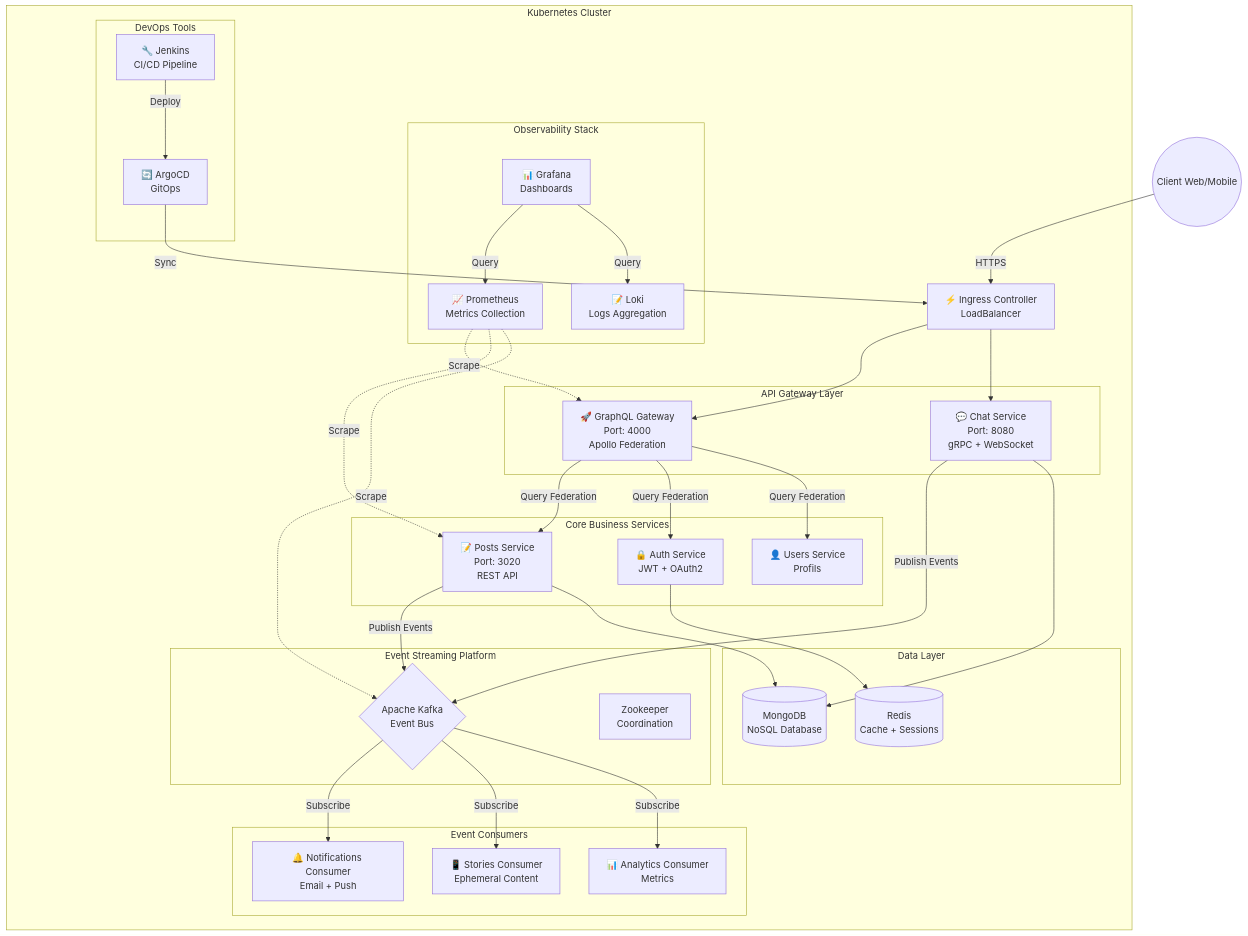
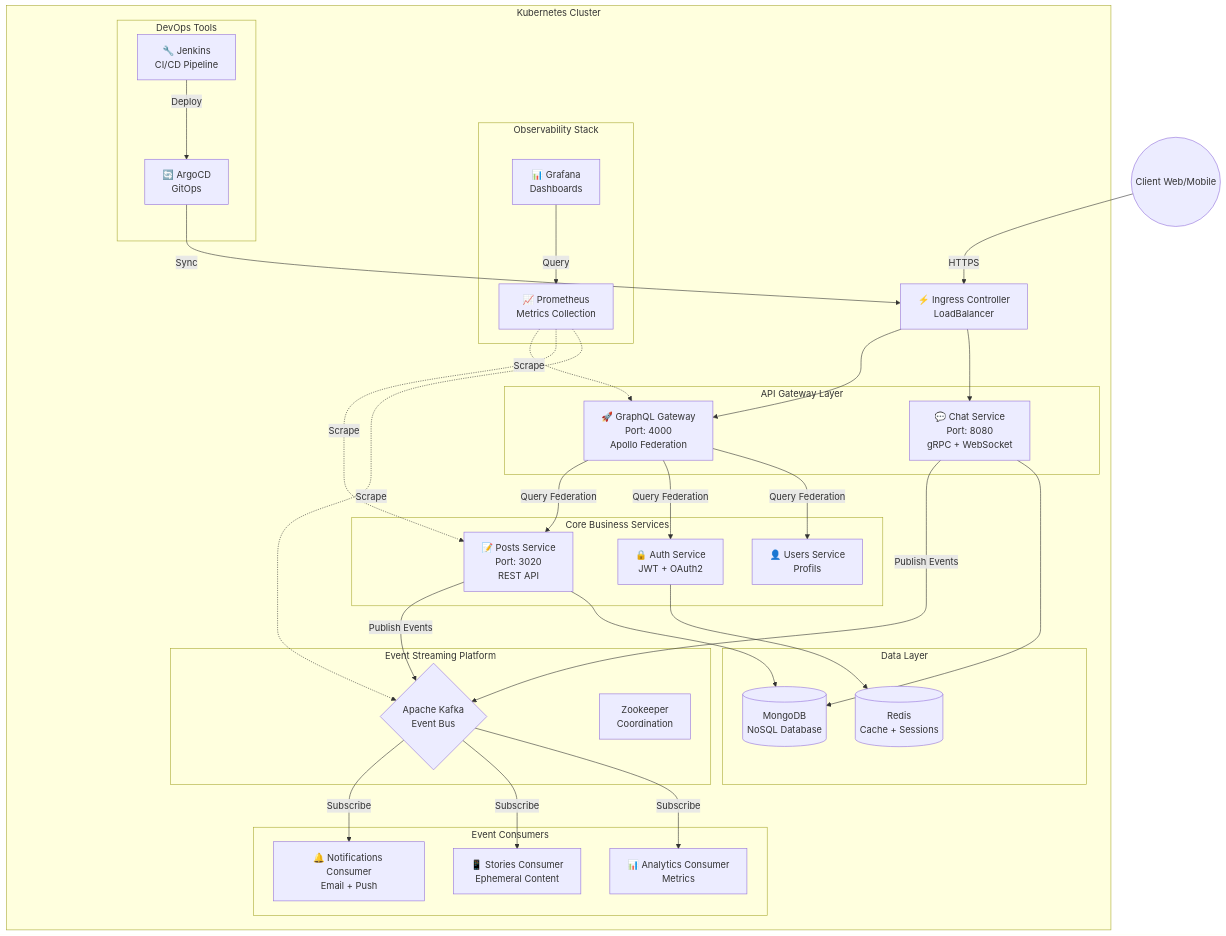
Before and after one commit to rania290/projet-micro: the diagram in README.md, drawn with Mermaid. The commit also changed other lines of this file, not shown here.

````diff
--- a/README.md
+++ b/README.md
@@ -58,74 +58,72 @@
 ```mermaid
 graph TB
     Client((Client Web/Mobile))
     
     subgraph "Kubernetes Cluster"
         Ingress[⚡ Ingress Controller<br/>LoadBalancer]
         
         subgraph "API Gateway Layer"
             GraphQL[🚀 GraphQL Gateway<br/>Port: 4000<br/>Apollo Federation]
             ChatAPI[💬 Chat Service<br/>Port: 8080<br/>gRPC + WebSocket]
         end
         
         subgraph "Core Business Services"
             Posts[📝 Posts Service<br/>Port: 3020<br/>REST API]
             Auth[🔒 Auth Service<br/>JWT + OAuth2]
             Users[👤 Users Service<br/>Profils]
         end
         
         subgraph "Event Streaming Platform"
             Kafka{Apache Kafka<br/>Event Bus}
             Zookeeper[Zookeeper<br/>Coordination]
         end
         
         subgraph "Event Consumers"
             Notif[🔔 Notifications Consumer<br/>Email + Push]
             Stories[📱 Stories Consumer<br/>Ephemeral Content]
             Analytics[📊 Analytics Consumer<br/>Metrics]
         end
         
         subgraph "Data Layer"
             Mongo[(MongoDB<br/>NoSQL Database)]
             Redis[(Redis<br/>Cache + Sessions)]
         end
         
         subgraph "Observability Stack"
             Prom[📈 Prometheus<br/>Metrics Collection]
             Graf[📊 Grafana<br/>Dashboards]
-            Loki[📝 Loki<br/>Logs Aggregation]
         end
         
         subgraph "DevOps Tools"
             Jenkins[🔧 Jenkins<br/>CI/CD Pipeline]
             ArgoCD[🔄 ArgoCD<br/>GitOps]
         end
     end
 
     Client -->|HTTPS| Ingress
     Ingress --> GraphQL
     Ingress --> ChatAPI
     
     GraphQL -->|Query Federation| Posts
     GraphQL -->|Query Federation| Auth
     GraphQL -->|Query Federation| Users
     
     Posts -->|Publish Events| Kafka
     ChatAPI -->|Publish Events| Kafka
     
     Kafka -->|Subscribe| Notif
     Kafka -->|Subscribe| Stories
     Kafka -->|Subscribe| Analytics
     
     Posts --> Mongo
     ChatAPI --> Mongo
     Auth --> Redis
     
     Prom -.->|Scrape| GraphQL
     Prom -.->|Scrape| Posts
     Prom -.->|Scrape| Kafka
     Graf -->|Query| Prom
-    Graf -->|Query| Loki
     
     Jenkins -->|Deploy| ArgoCD
     ArgoCD -->|Sync| Ingress
 ```
````
